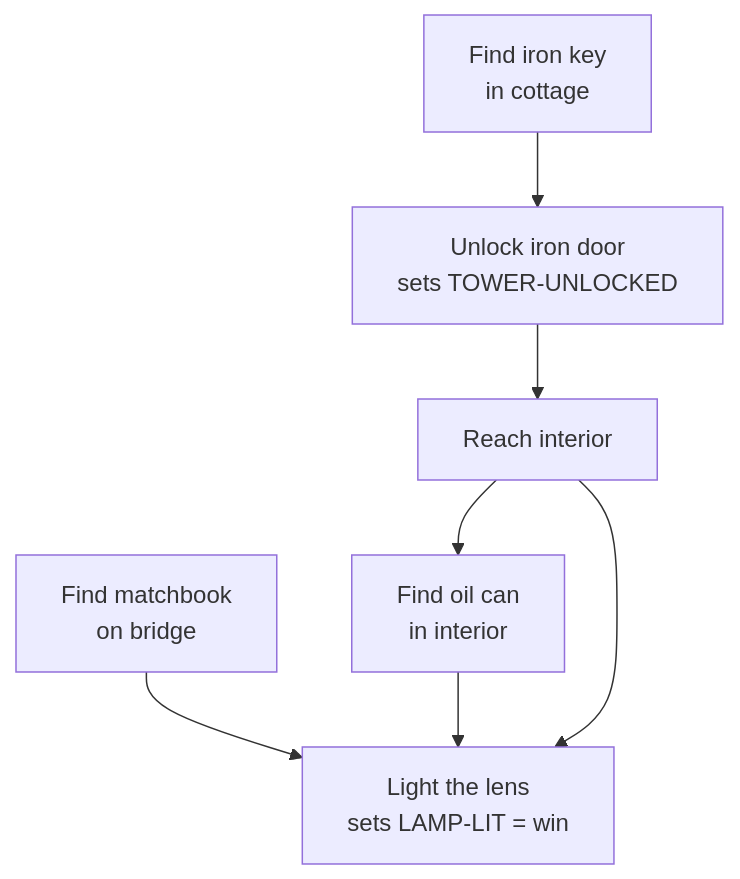
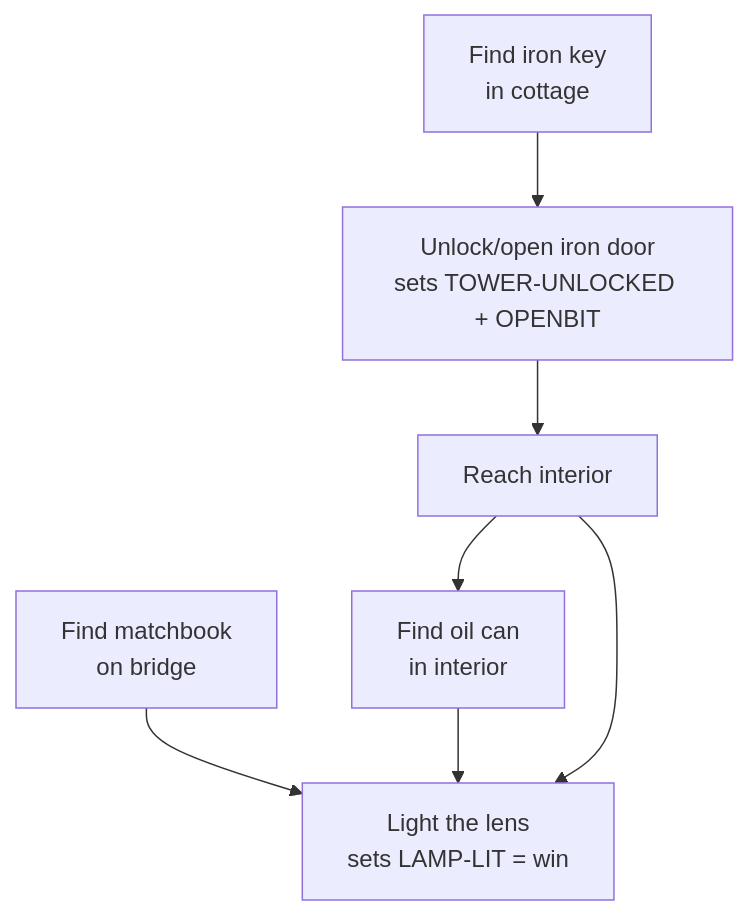
Before and after one commit to corepunch/zil-runtime: the second of 2 diagrams in skills/source_writing_adventures.md, drawn with Mermaid. The commit also changed other lines of this file and 9 other files, not shown here.

````diff
--- a/skills/source_writing_adventures.md
+++ b/skills/source_writing_adventures.md
@@ -186,9 +186,9 @@
 ```mermaid
 graph TD
   MATCHES[Find matchbook<br/>on bridge] --> LAMP
   OILCAN[Find oil can<br/>in interior] --> LAMP
-  KEY[Find iron key<br/>in cottage] --> DOOR[Unlock iron door<br/>sets TOWER-UNLOCKED]
+  KEY[Find iron key<br/>in cottage] --> DOOR[Unlock/open iron door<br/>sets TOWER-UNLOCKED + OPENBIT]
   DOOR --> INTERIOR[Reach interior]
   INTERIOR --> OILCAN
   INTERIOR --> LAMP[Light the lens<br/>sets LAMP-LIT = win]
 ```
````
